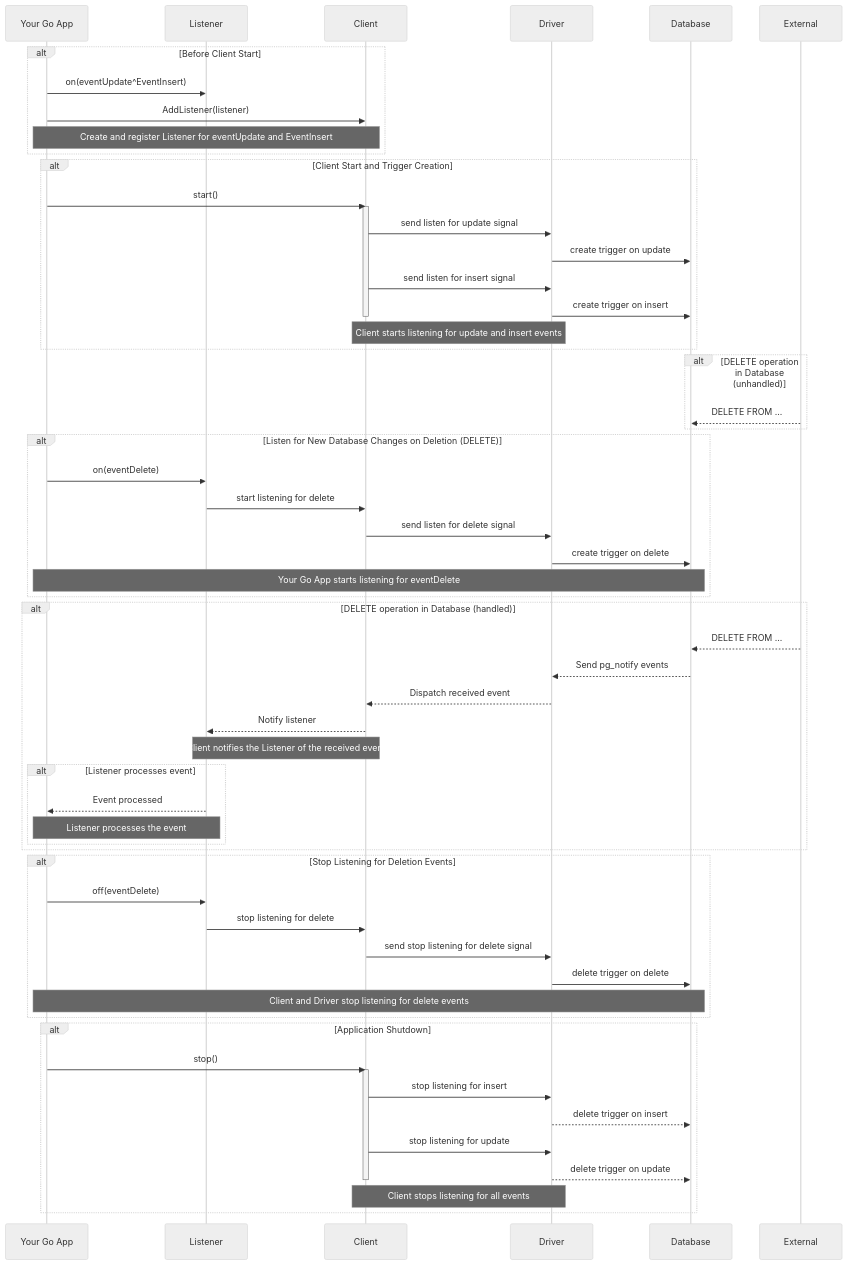
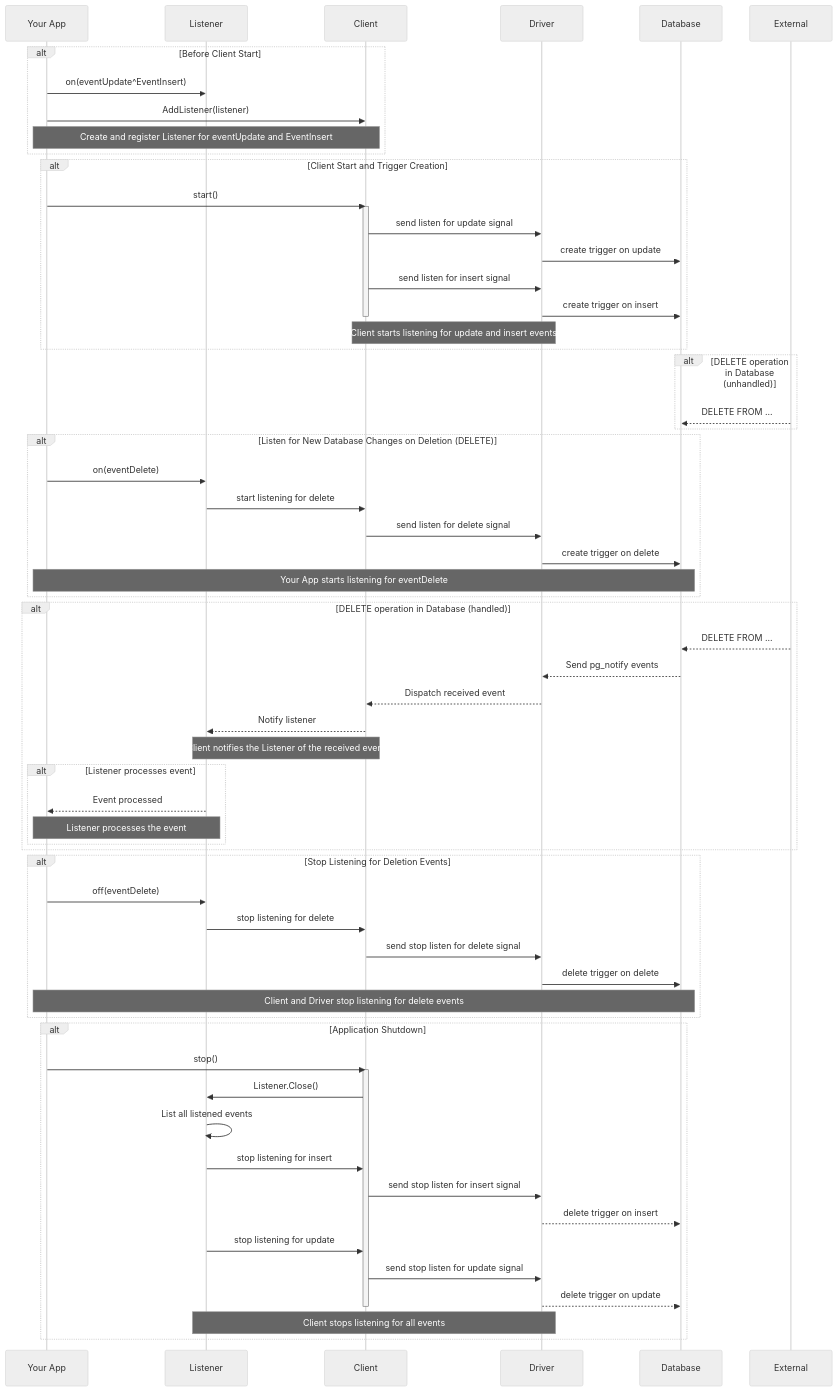
The diagram in WORKFLOW.md (quix-labs/flash), drawn with Mermaid (neutral theme) before and after one commit. The commit also changed 5 other files, not shown here.

````diff
--- a/WORKFLOW.md
+++ b/WORKFLOW.md
@@ -1,69 +1,75 @@
 ```mermaid
 sequenceDiagram
-    participant Your Go App
+    participant Your App
     participant Listener
     participant Client
     participant Driver
     participant Database
     participant External
 
     alt Before Client Start
-        Your Go App->>Listener: on(eventUpdate^EventInsert)
-        Your Go App->>Client: AddListener(listener)
-        Note over Your Go App, Client: Create and register Listener for eventUpdate and EventInsert
+        Your App->>Listener: on(eventUpdate^EventInsert)
+        Your App->>Client: AddListener(listener)
+        Note over Your App, Client: Create and register Listener for eventUpdate and EventInsert
     end
 
     alt Client Start and Trigger Creation
-        Your Go App->>Client: start()
+        Your App->>Client: start()
         activate Client
         Client->>Driver: send listen for update signal
         Driver->>Database: create trigger on update
         Client->>Driver: send listen for insert signal
         Driver->>Database: create trigger on insert
         deactivate Client
         Note over Client, Driver: Client starts listening for update and insert events
     end
 
     alt DELETE operation in Database (unhandled)
         External-->>Database: DELETE FROM ...
     end
 
     alt Listen for New Database Changes on Deletion (DELETE)
-        Your Go App->>Listener: on(eventDelete)
+        Your App->>Listener: on(eventDelete)
         Listener->>Client: start listening for delete
         Client->>Driver: send listen for delete signal
         Driver->>Database: create trigger on delete
-        Note over Your Go App, Database: Your Go App starts listening for eventDelete
+        Note over Your App, Database: Your App starts listening for eventDelete
     end
 
     alt DELETE operation in Database (handled)
         External-->>Database: DELETE FROM ...
         Database-->>Driver: Send pg_notify events
         Driver-->>Client: Dispatch received event
         Client-->>Listener: Notify listener
         Note over Client, Listener: Client notifies the Listener of the received event
         alt Listener processes event
-            Listener-->>Your Go App: Event processed
-            Note over Listener, Your Go App: Listener processes the event
+            Listener-->>Your App: Event processed
+            Note over Listener, Your App: Listener processes the event
         end
     end
 
     alt Stop Listening for Deletion Events
-        Your Go App->>Listener: off(eventDelete)
+        Your App->>Listener: off(eventDelete)
         Listener->>Client: stop listening for delete
-        Client->>Driver: send stop listening for delete signal
+        Client->>Driver: send stop listen for delete signal
         Driver->>Database: delete trigger on delete
-        Note over Your Go App, Database: Client and Driver stop listening for delete events
+        Note over Your App, Database: Client and Driver stop listening for delete events
     end
 
     alt Application Shutdown
-        Your Go App->>Client: stop()
+        Your App->>Client: stop()
         activate Client
-        Client->>Driver: stop listening for insert
+        Client->>Listener: Listener.Close()
+        Listener->>Listener: List all listened events
+        
+        Listener->>Client: stop listening for insert
+        Client->>Driver: send stop listen for insert signal
         Driver-->>Database: delete trigger on insert
-        Client->>Driver: stop listening for update
+        
+        Listener->>Client: stop listening for update
+        Client->>Driver: send stop listen for update signal
         Driver-->>Database: delete trigger on update
         deactivate Client
-        Note over Client, Driver: Client stops listening for all events
+        Note over Listener, Driver: Client stops listening for all events
     end
 ```
````
